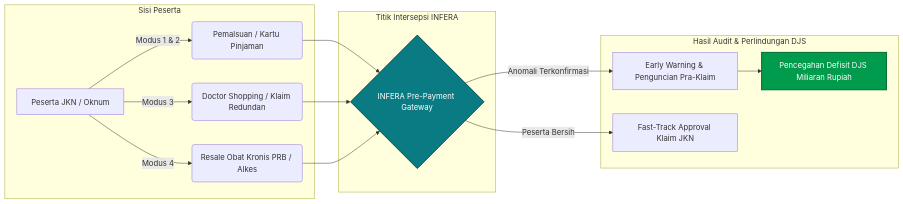
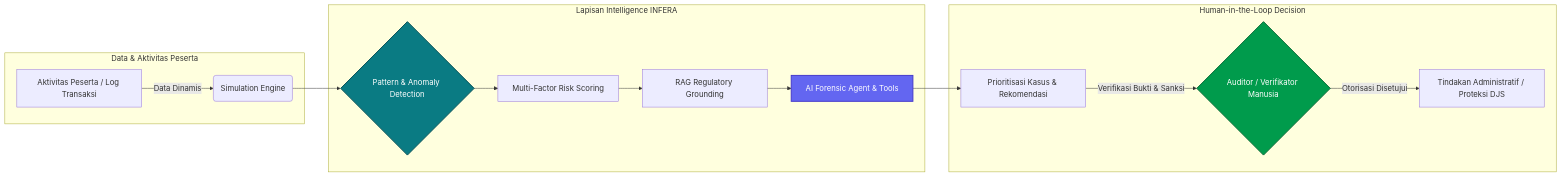
One commit to agissugandi7203-ops/INFERA changed the first of 2 diagrams in README.md. Above: the diagram before and after it, drawn with Mermaid. The commit also changed other lines of this file, not shown here.

Commit message:
docs: center header and align full INFERA narrative, tagline, pipeline, values, and scenarios with official HealthKathon description

````diff
--- a/README.md
+++ b/README.md
@@ -86,23 +122,23 @@
 ```mermaid
 flowchart LR
-    subgraph Sisi Peserta
-        A[Peserta JKN / Oknum] -->|Modus 1 & 2| B(Pemalsuan / Kartu Pinjaman)
-        A -->|Modus 3| C(Doctor Shopping / Klaim Redundan)
-        A -->|Modus 4| D(Resale Obat Kronis PRB / Alkes)
+    subgraph Data & Aktivitas Peserta
+        A[Aktivitas Peserta / Log Transaksi] -->|Data Dinamis| B(Simulation Engine)
     end
     
-    subgraph Titik Intersepsi INFERA
-        B --> E{INFERA Pre-Payment Gateway}
-        C --> E
-        D --> E
+    subgraph Lapisan Intelligence INFERA
+        B --> C{Pattern & Anomaly Detection}
+        C --> D[Multi-Factor Risk Scoring]
+        D --> E[RAG Regulatory Grounding]
+        E --> F[AI Forensic Agent & Tools]
     end
 
-    subgraph Hasil Audit & Perlindungan DJS
-        E -->|Anomali Terkonfirmasi| F[Early Warning & Penguncian Pra-Klaim]
-        E -->|Peserta Bersih| G[Fast-Track Approval Klaim JKN]
-        F --> H[Pencegahan Defisit DJS Miliaran Rupiah]
+    subgraph Human-in-the-Loop Decision
+        F --> G[Prioritisasi Kasus & Rekomendasi]
+        G -->|Verifikasi Bukti & Sanksi| H{Auditor / Verifikator Manusia}
+        H -->|Otorisasi Disetujui| I[Tindakan Administratif / Proteksi DJS]
     end
 
-    style E fill:#0A7B83,stroke:#004D54,stroke-width:2px,color:#fff
+    style C fill:#0A7B83,stroke:#004D54,stroke-width:2px,color:#fff
+    style F fill:#6366F1,stroke:#4338CA,stroke-width:2px,color:#fff
     style H fill:#009B4C,stroke:#006633,stroke-width:2px,color:#fff
 ```
````
